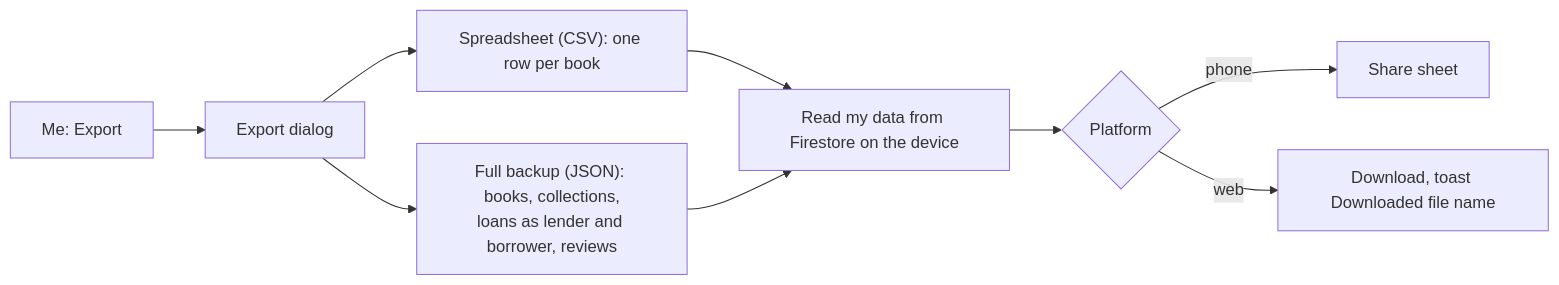
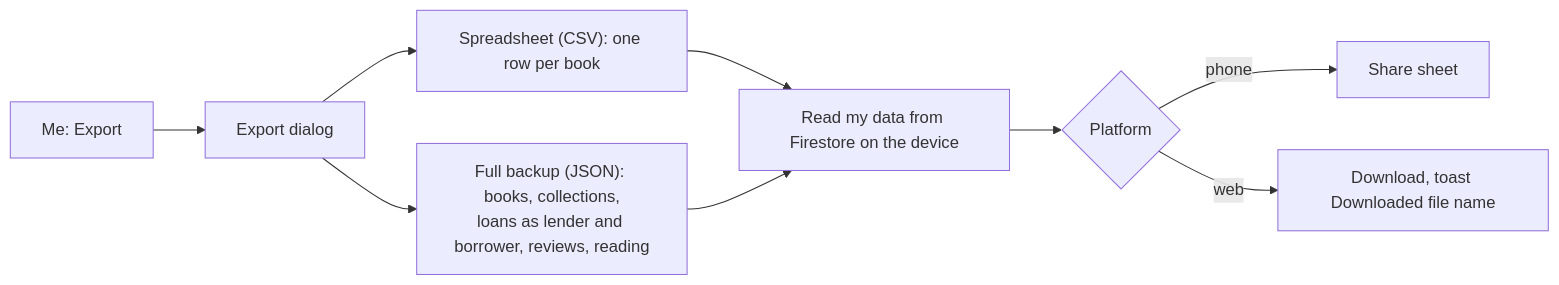
Diagram 16 of 18 in docs/overview/USER-FLOWS.md (karanshah229/lendshelf), drawn with Mermaid before and after one commit. The commit also changed other lines of this file and 32 other files, not shown here.

````diff
--- a/docs/overview/USER-FLOWS.md
+++ b/docs/overview/USER-FLOWS.md
@@ -942,11 +943,11 @@
 ```mermaid
 flowchart LR
     ME["Me: Export"] --> DLG["Export dialog"]
     DLG --> CSV["Spreadsheet (CSV): one row per book"]
-    DLG --> JSON["Full backup (JSON): books, collections,<br/>loans as lender and borrower, reviews"]
+    DLG --> JSON["Full backup (JSON): books, collections,<br/>loans as lender and borrower, reviews, reading"]
     CSV --> FETCH["Read my data from Firestore on the device"]
     JSON --> FETCH
     FETCH --> SHARE{Platform}
     SHARE -- phone --> SS["Share sheet"]
     SHARE -- web --> DL["Download, toast Downloaded file name"]
 ```
````
